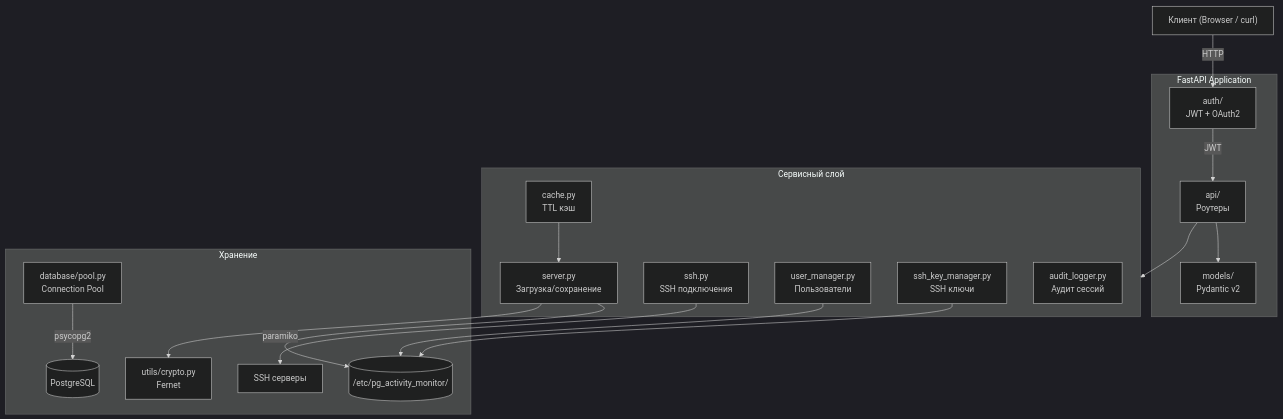
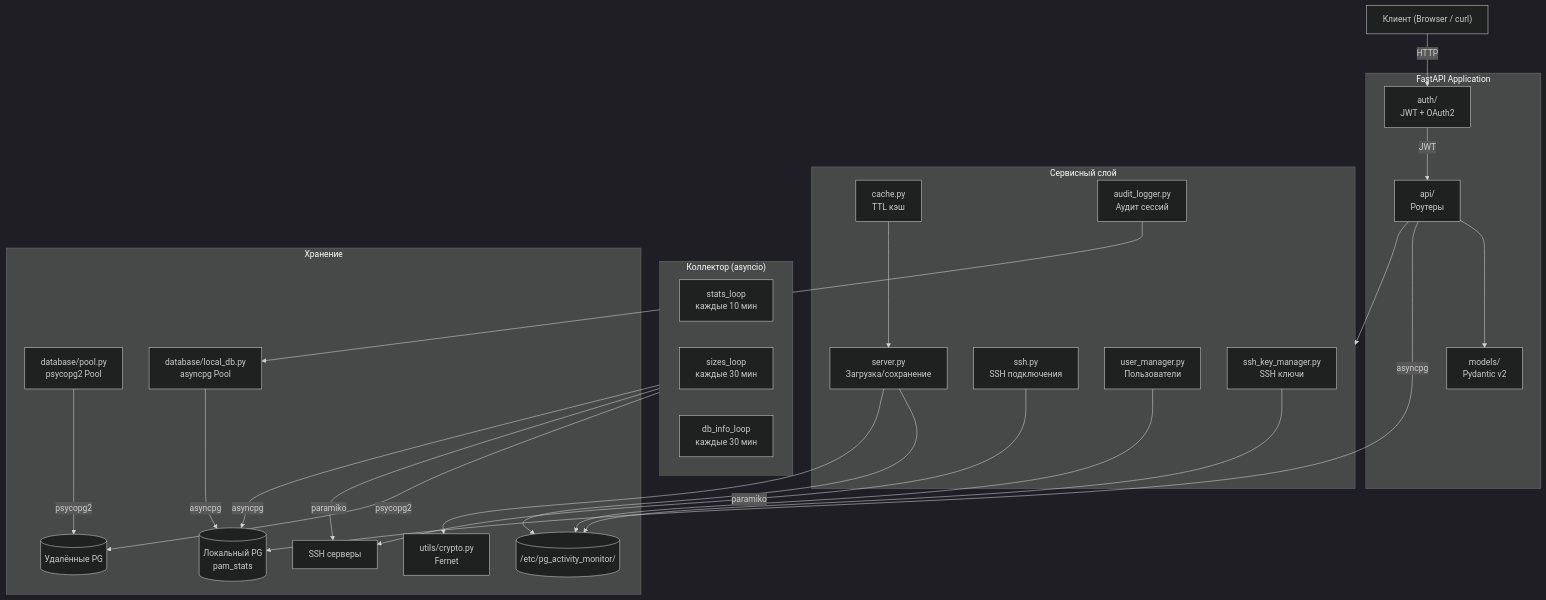
The diagram in backend/README.md (wobujidao/PostgreSQL-Activity-Monitor), drawn with Mermaid (dark theme) before and after one commit. The commit also changed other lines of this file and 21 other files, not shown here.

````diff
--- a/backend/README.md
+++ b/backend/README.md
@@ -18,40 +19,54 @@
 ```mermaid
 graph TD
     Client["Клиент (Browser / curl)"]
 
     subgraph FastAPI["FastAPI Application"]
         Auth["auth/<br/>JWT + OAuth2"]
         Router["api/<br/>Роутеры"]
         Models["models/<br/>Pydantic v2"]
+    end
+
+    subgraph Collector["Коллектор (asyncio)"]
+        Stats["stats_loop<br/>каждые 10 мин"]
+        Sizes["sizes_loop<br/>каждые 30 мин"]
+        DBInfo["db_info_loop<br/>каждые 30 мин"]
     end
 
     subgraph Services["Сервисный слой"]
         ServerSvc["server.py<br/>Загрузка/сохранение"]
         SSHSvc["ssh.py<br/>SSH подключения"]
         CacheSvc["cache.py<br/>TTL кэш"]
         UserSvc["user_manager.py<br/>Пользователи"]
         KeySvc["ssh_key_manager.py<br/>SSH ключи"]
         AuditSvc["audit_logger.py<br/>Аудит сессий"]
     end
 
     subgraph Storage["Хранение"]
-        Pool["database/pool.py<br/>Connection Pool"]
+        Pool["database/pool.py<br/>psycopg2 Pool"]
+        LocalDB["database/local_db.py<br/>asyncpg Pool"]
         Crypto["utils/crypto.py<br/>Fernet"]
-        PG[("PostgreSQL")]
+        PG[("Удалённые PG")]
+        LocalPG[("Локальный PG<br/>pam_stats")]
         SSH["SSH серверы"]
         Config[("/etc/pg_activity_monitor/")]
     end
 
     Client -->|HTTP| Auth
     Auth -->|JWT| Router
     Router --> Models
     Router --> Services
 
     ServerSvc --> Config
     ServerSvc --> Crypto
     SSHSvc -->|paramiko| SSH
     CacheSvc --> ServerSvc
     UserSvc --> Config
     KeySvc --> Config
     Pool -->|psycopg2| PG
+    LocalDB -->|asyncpg| LocalPG
+    AuditSvc --> LocalDB
+    Collector -->|psycopg2| PG
+    Collector -->|paramiko| SSH
+    Collector -->|asyncpg| LocalPG
+    Router -->|asyncpg| LocalPG
 ```
````
